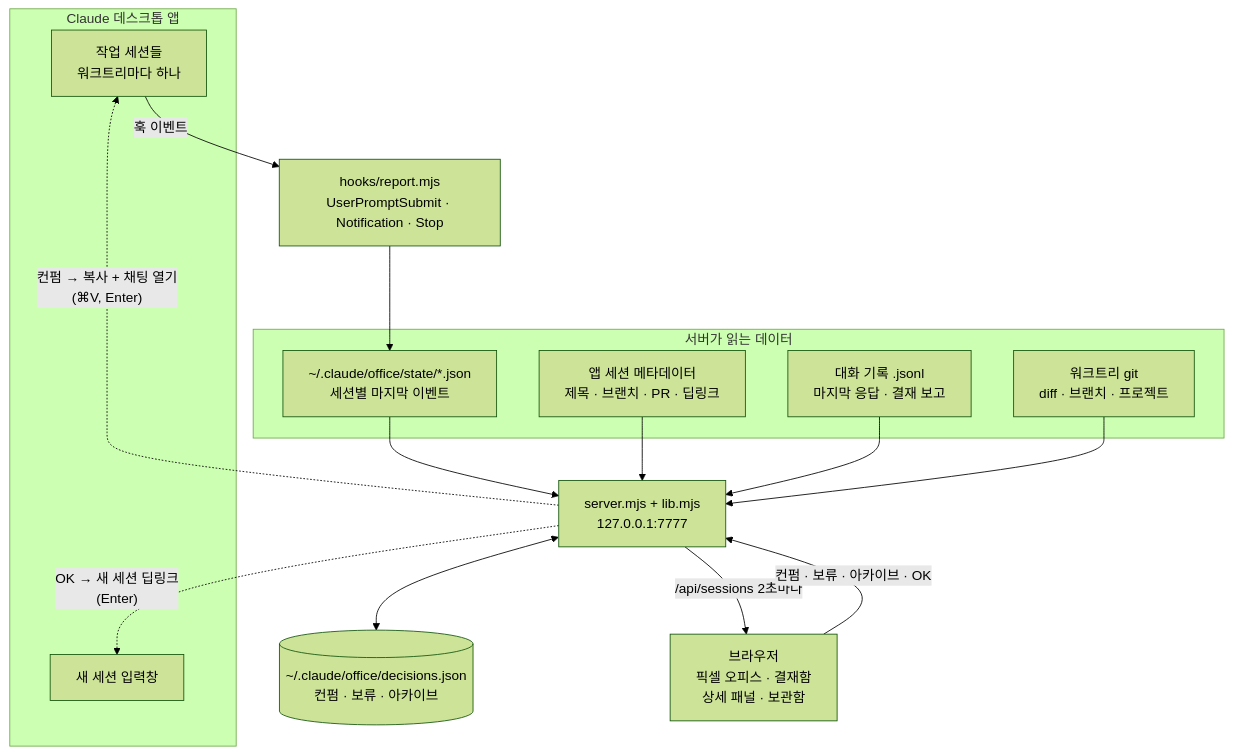
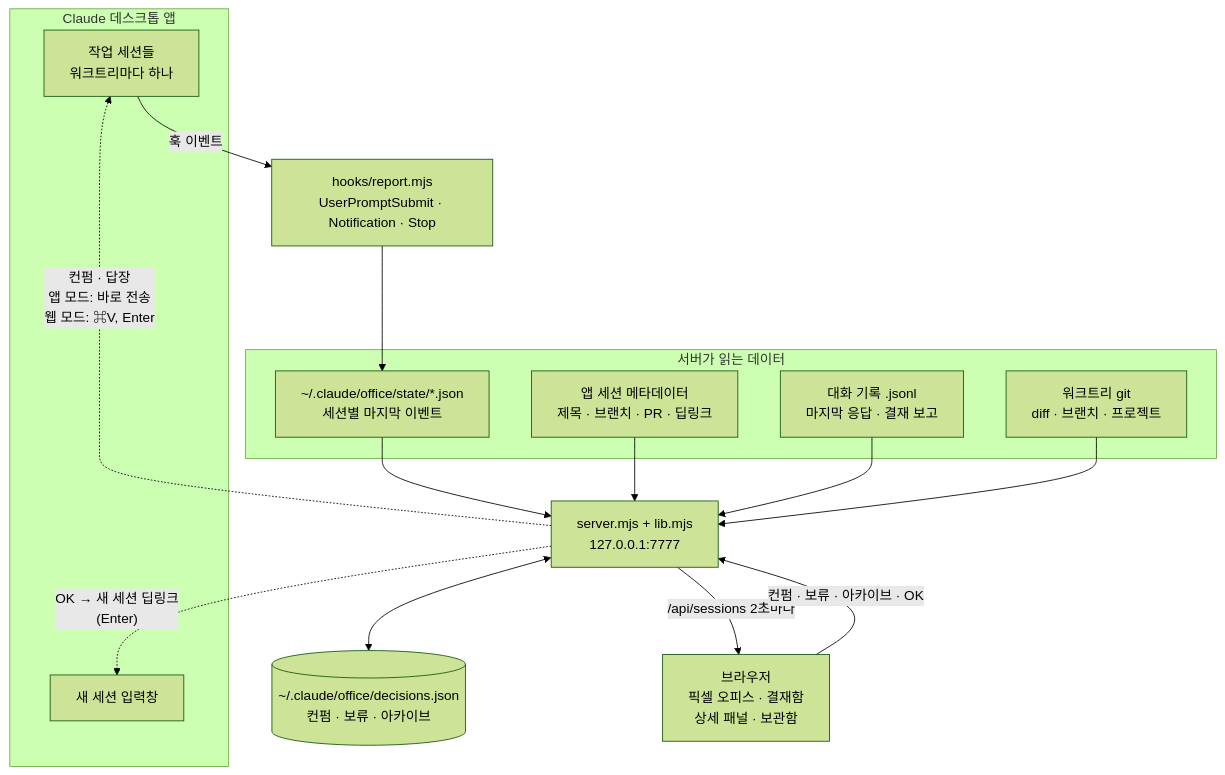
The diagram in README.md (claire-lemon/claude-office), drawn with Mermaid (forest theme) before and after one commit. The commit also changed other lines of this file and 5 other files, not shown here.

````diff
--- a/README.md
+++ b/README.md
@@ -20,31 +20,31 @@
 ```mermaid
 flowchart TB
     subgraph APP["Claude 데스크톱 앱"]
         S["작업 세션들<br/>워크트리마다 하나"]
         NEW["새 세션 입력창"]
     end
 
     HOOK["hooks/report.mjs<br/>UserPromptSubmit · Notification · Stop"]
 
     subgraph READ["서버가 읽는 데이터"]
         ST["~/.claude/office/state/*.json<br/>세션별 마지막 이벤트"]
         META["앱 세션 메타데이터<br/>제목 · 브랜치 · PR · 딥링크"]
         TR["대화 기록 .jsonl<br/>마지막 응답 · 결재 보고"]
         GIT["워크트리 git<br/>diff · 브랜치 · 프로젝트"]
     end
 
     SRV["server.mjs + lib.mjs<br/>127.0.0.1:7777"]
     DEC[("~/.claude/office/decisions.json<br/>컨펌 · 보류 · 아카이브")]
     UI["브라우저<br/>픽셀 오피스 · 결재함<br/>상세 패널 · 보관함"]
 
     S -- "훅 이벤트" --> HOOK --> ST
     ST --> SRV
     META --> SRV
     TR --> SRV
     GIT --> SRV
     SRV <--> DEC
     SRV -- "/api/sessions 2초마다" --> UI
     UI -- "컨펌 · 보류 · 아카이브 · OK" --> SRV
-    SRV -. "컨펌 → 복사 + 채팅 열기<br/>(⌘V, Enter)" .-> S
+    SRV -. "컨펌 · 답장<br/>앱 모드: 바로 전송<br/>웹 모드: ⌘V, Enter" .-> S
     SRV -. "OK → 새 세션 딥링크<br/>(Enter)" .-> NEW
 ```
````
